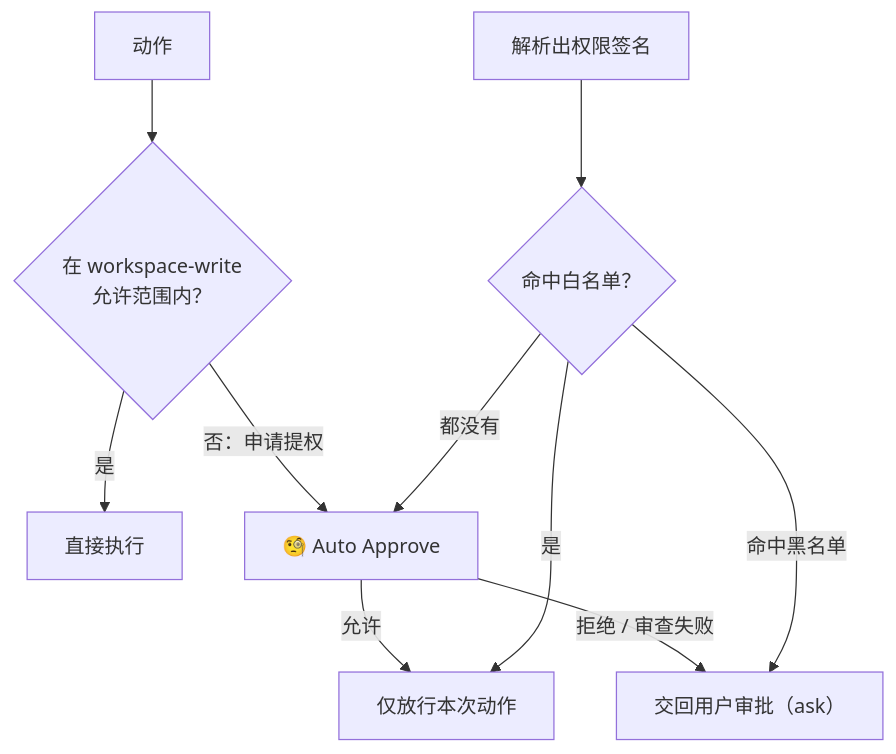
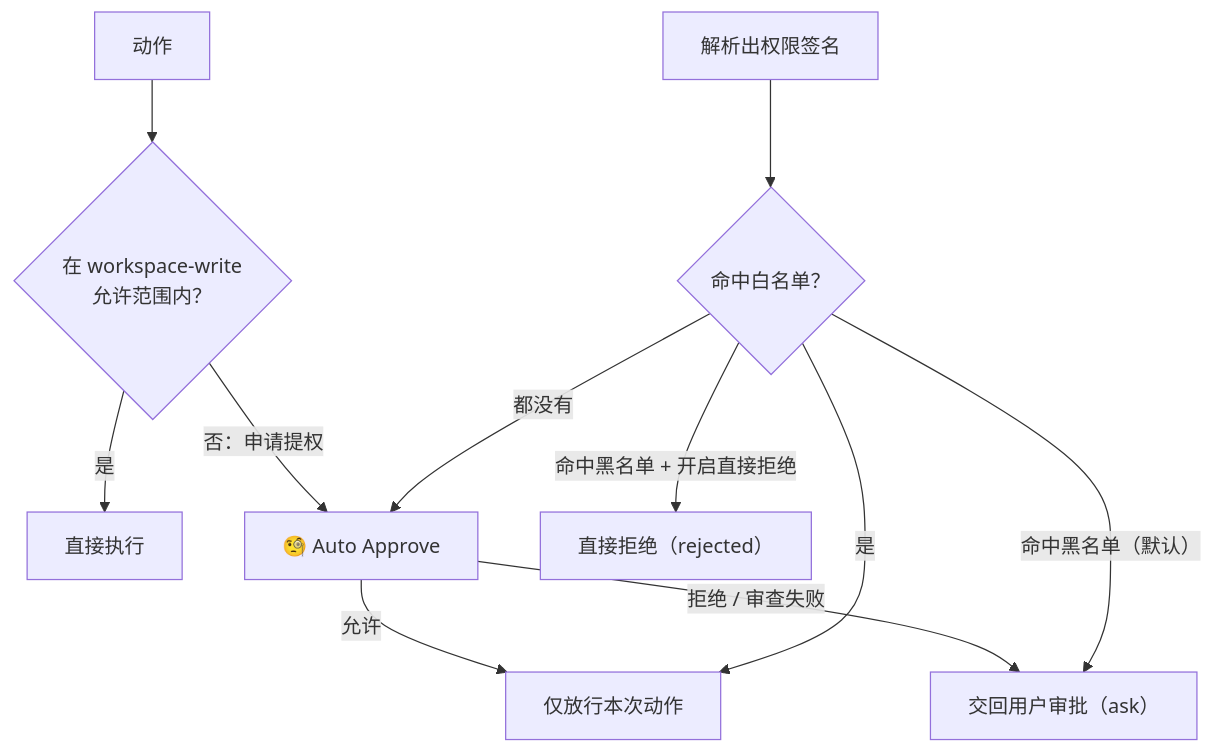
Before and after one commit to sujingkpo/dsh-auto-pass: the diagram in README.zh.md, drawn with Mermaid. The commit also changed other lines of this file and 24 other files, not shown here.

````diff
--- a/README.zh.md
+++ b/README.zh.md
@@ -23,12 +23,13 @@
 ```mermaid
 flowchart TD
     action["动作"] --> sandbox{"在 workspace-write<br/>允许范围内？"}
     sandbox -- 是 --> execute["直接执行"]
     sandbox -- "否：申请提权" --> review["🧐 Auto Approve"]
     review -- 允许 --> approved["仅放行本次动作"]
     review -- "拒绝 / 审查失败" --> deferred["交回用户审批（ask）"]
     exact["解析出权限签名"] --> lists{"命中白名单？"}
     lists -- 是 --> approved
-    lists -- "命中黑名单" --> deferred
+    lists -- "命中黑名单（默认）" --> deferred
+    lists -- "命中黑名单 + 开启直接拒绝" --> rejected["直接拒绝（rejected）"]
     lists -- 都没有 --> review
 ```
````
